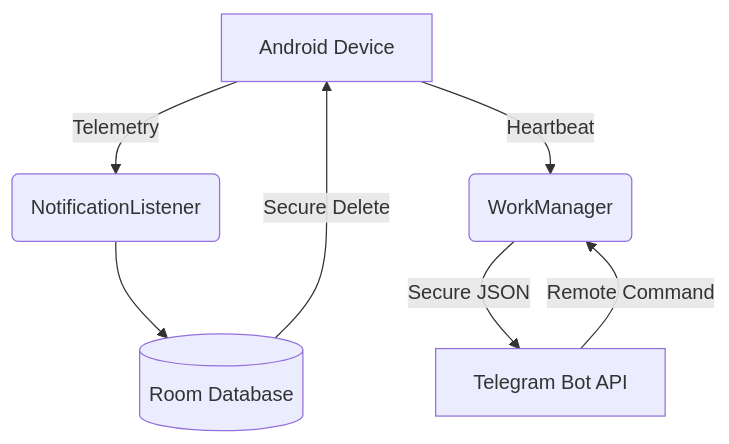
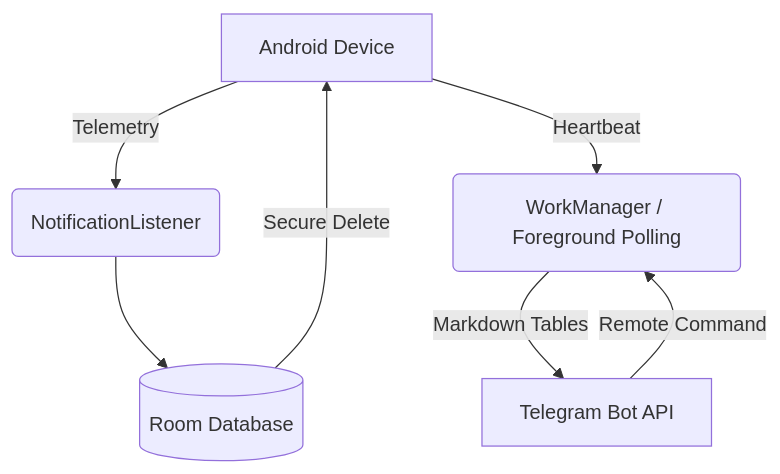
Before and after one commit to arinadi/CyperBot: the diagram in README.md, drawn with Mermaid. The commit also changed other lines of this file and 11 other files, not shown here.

````diff
--- a/README.md
+++ b/README.md
@@ -37,9 +38,9 @@
 ```mermaid
 graph TD
     A[Android Device] -->|Telemetry| B(NotificationListener)
-    A -->|Heartbeat| C(WorkManager)
+    A -->|Heartbeat| C(WorkManager / Foreground Polling)
     B --> D[(Room Database)]
-    C -->|Secure JSON| E[Telegram Bot API]
+    C -->|Markdown Tables| E[Telegram Bot API]
     E -->|Remote Command| C
     D -->|Secure Delete| A
 ```
````
